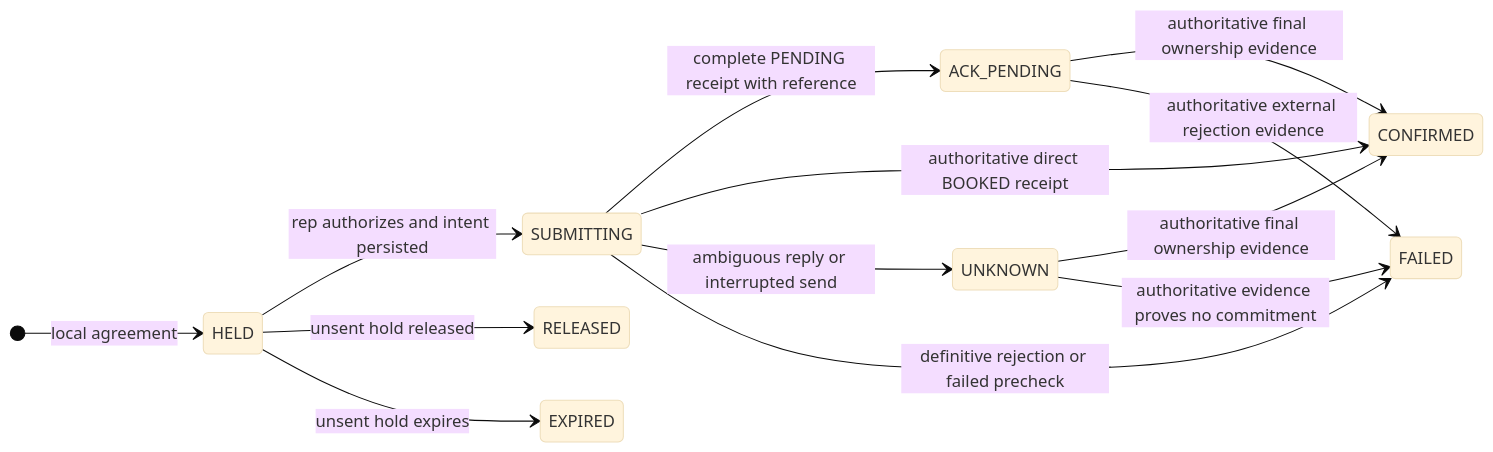
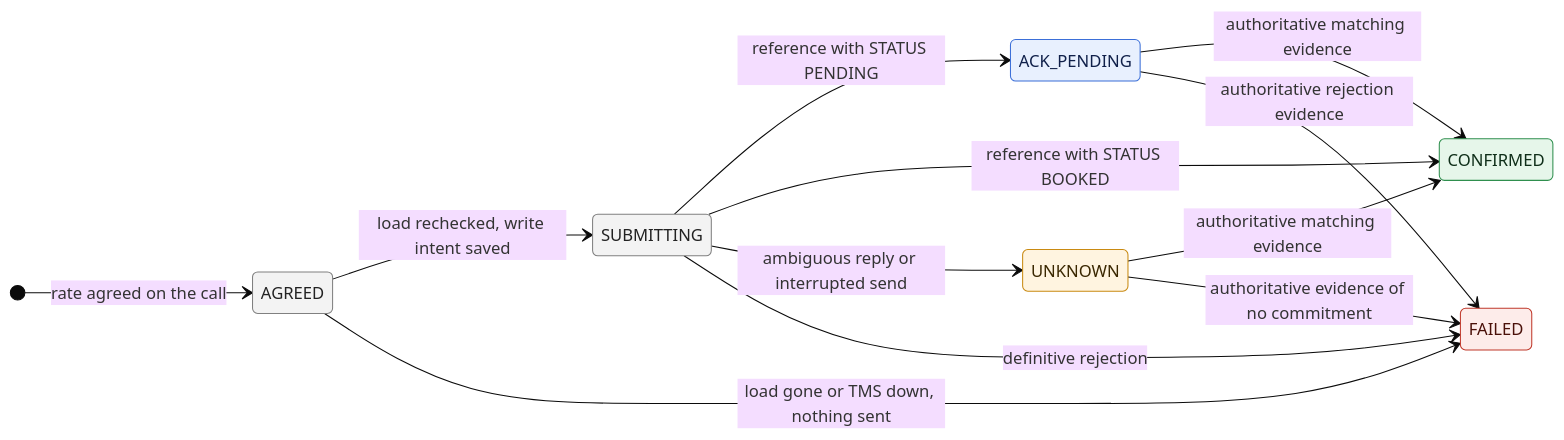
One commit to sgon0181/happyrobot-inbound-carrier-sales changed the third of 3 diagrams in ARCHITECTURE.md. Above: the diagram before and after it, drawn with Mermaid (base theme). The commit also changed other lines of this file and 5 other files, not shown here.

First line of the commit message:
docs: architecture v2.3, book at agreement

````diff
--- a/ARCHITECTURE.md
+++ b/ARCHITECTURE.md
@@ -284,16 +290,26 @@
 ```mermaid
 stateDiagram-v2
     direction LR
-    [*] --> HELD: local agreement
-    HELD --> SUBMITTING: rep authorizes and intent persisted
-    HELD --> RELEASED: unsent hold released
-    HELD --> EXPIRED: unsent hold expires
-    SUBMITTING --> ACK_PENDING: complete PENDING receipt with reference
-    SUBMITTING --> CONFIRMED: authoritative direct BOOKED receipt
+    [*] --> AGREED: rate agreed on the call
+    AGREED --> SUBMITTING: load rechecked, write intent saved
+    AGREED --> FAILED: load gone or TMS down, nothing sent
+    SUBMITTING --> ACK_PENDING: reference with STATUS PENDING
+    SUBMITTING --> CONFIRMED: reference with STATUS BOOKED
     SUBMITTING --> UNKNOWN: ambiguous reply or interrupted send
-    SUBMITTING --> FAILED: definitive rejection or failed precheck
-    ACK_PENDING --> CONFIRMED: authoritative final ownership evidence
-    UNKNOWN --> CONFIRMED: authoritative final ownership evidence
-    ACK_PENDING --> FAILED: authoritative external rejection evidence
-    UNKNOWN --> FAILED: authoritative evidence proves no commitment
+    SUBMITTING --> FAILED: definitive rejection
+    ACK_PENDING --> CONFIRMED: authoritative matching evidence
+    UNKNOWN --> CONFIRMED: authoritative matching evidence
+    ACK_PENDING --> FAILED: authoritative rejection evidence
+    UNKNOWN --> FAILED: authoritative evidence of no commitment
+
+    classDef good fill:#e6f6ea,stroke:#2f8f4e,color:#0f2e19
+    classDef bad fill:#fdecea,stroke:#c0392b,color:#4a1009
+    classDef review fill:#fff4e0,stroke:#c98a12,color:#3a2700
+    classDef waiting fill:#e8f0fe,stroke:#3b6fd8,color:#10204a
+    classDef closed fill:#f3f3f3,stroke:#808080,color:#222
+    class CONFIRMED good
+    class FAILED bad
+    class UNKNOWN review
+    class ACK_PENDING waiting
+    class AGREED,SUBMITTING closed
 ```
````
